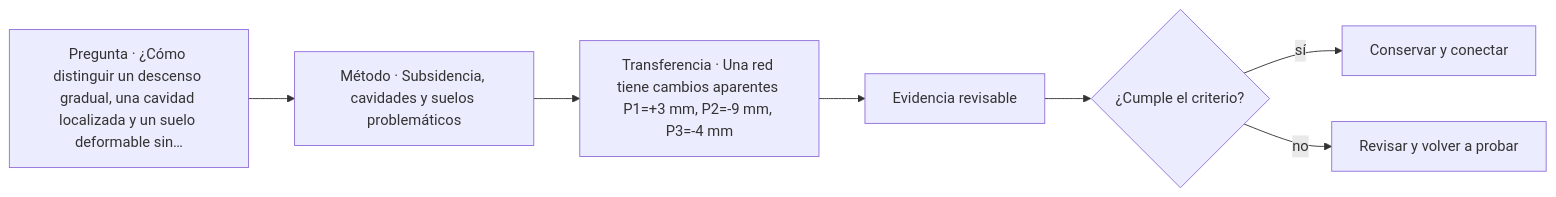
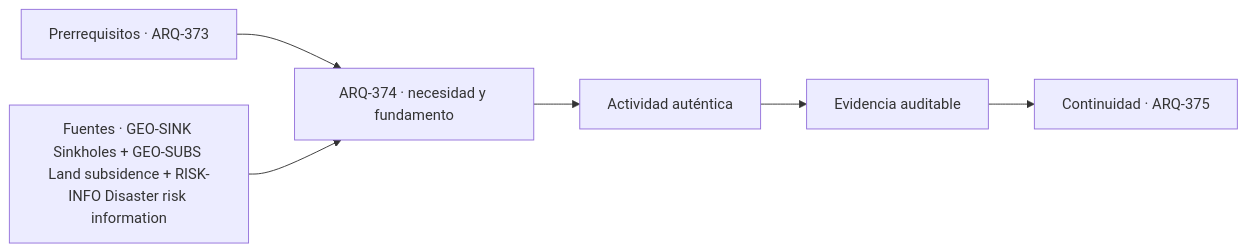
One commit to vladimiracunadev-create/architecture-built-environment-learning-program changed the diagram in classes/parte-38/ARQ-374.md. Above: the diagram before and after it, drawn with Mermaid. The commit also changed other lines of this file and 761 other files, not shown here.

````diff
--- a/classes/parte-38/ARQ-374.md
+++ b/classes/parte-38/ARQ-374.md
@@ -101,9 +113,8 @@
 ```mermaid
 flowchart LR
-    Q["Pregunta · ¿Cómo distinguir un descenso gradual, una cavidad localizada y un suelo deformable sin…"] --> M["Método · Subsidencia, cavidades y suelos problemáticos"]
-    M --> P["Transferencia · Una red tiene cambios aparentes P1=+3 mm, P2=-9 mm, P3=-4 mm"]
-    P --> E["Evidencia revisable"]
-    E --> C{"¿Cumple el criterio?"}
-    C -->|sí| T["Conservar y conectar"]
-    C -->|no| R["Revisar y volver a probar"]
+    A["Prerrequisitos · ARQ-373"] --> B["ARQ-374 · necesidad y fundamento"]
+    S["Fuentes · GEO-SINK Sinkholes + GEO-SUBS Land subsidence + RISK-INFO Disaster risk information"] --> B
+    B --> C["Actividad auténtica"]
+    C --> D["Evidencia auditable"]
+    D --> E["Continuidad · ARQ-375"]
 ```
````
